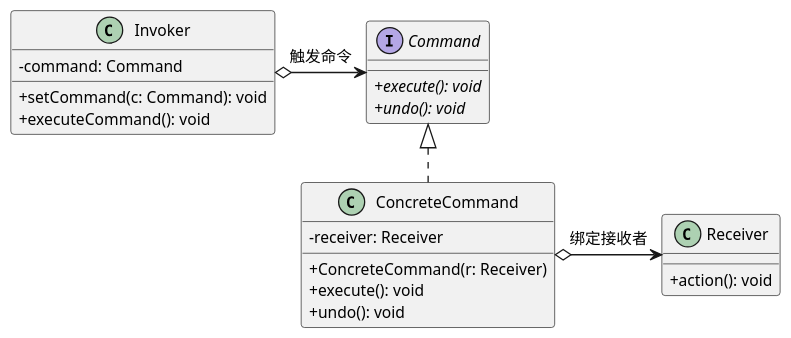
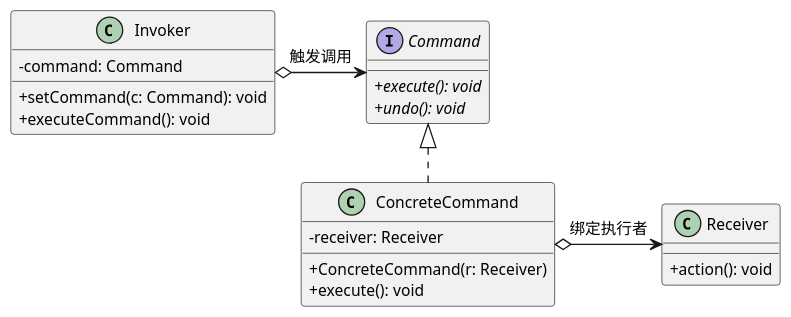
Diagram 15 of 20 in 02-visual-diagrams/03-设计模式核心图谱与真题命题密码.md (cpsa3/software-designer-fast-pass), drawn with PlantUML before and after one commit. The commit also changed other lines of this file, not shown here.

````diff
--- a/02-visual-diagrams/03-设计模式核心图谱与真题命题密码.md
+++ b/02-visual-diagrams/03-设计模式核心图谱与真题命题密码.md
@@ -1128,33 +690,32 @@
 ```plantuml
 @startuml
 !pragma layout smetana
 skinparam dpi 125
 skinparam defaultFontSize 12
 skinparam classAttributeIconSize 0
 
 class Invoker {
     - command: Command
     + setCommand(c: Command): void
     + executeCommand(): void
 }
 
 interface Command {
     + {abstract} execute(): void
     + {abstract} undo(): void
 }
 
 class ConcreteCommand implements Command {
     - receiver: Receiver
     + ConcreteCommand(r: Receiver)
     + execute(): void
-    + undo(): void
 }
 
 class Receiver {
     + action(): void
 }
 
-Invoker o-> Command : 触发命令
-ConcreteCommand o-> Receiver : 绑定接收者
+Invoker o-> Command : 触发调用
+ConcreteCommand o-> Receiver : 绑定执行者
 @enduml
 ```
````
